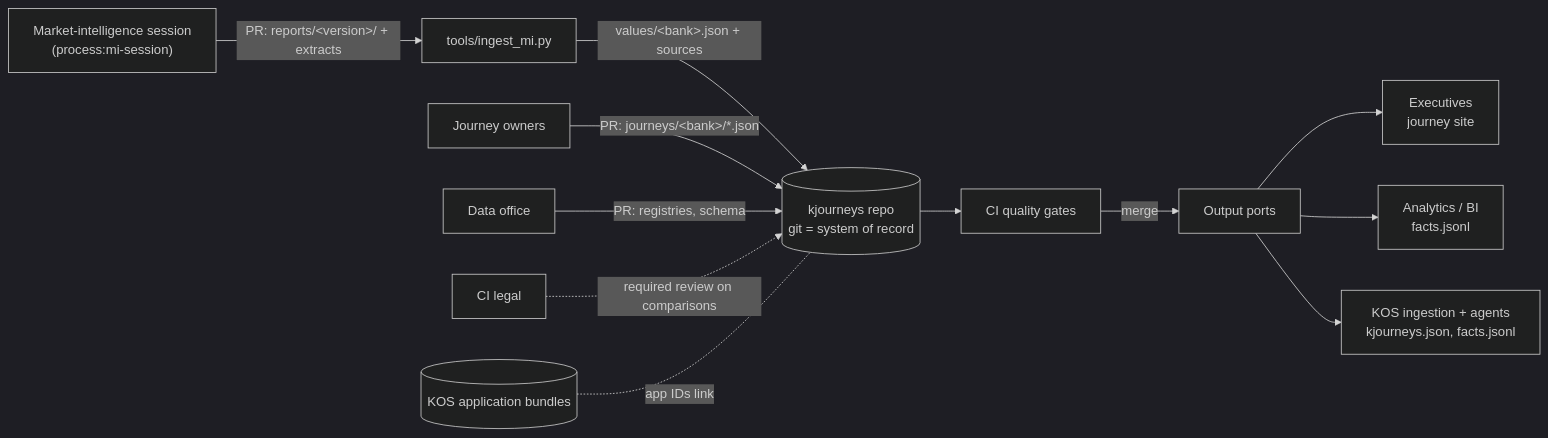
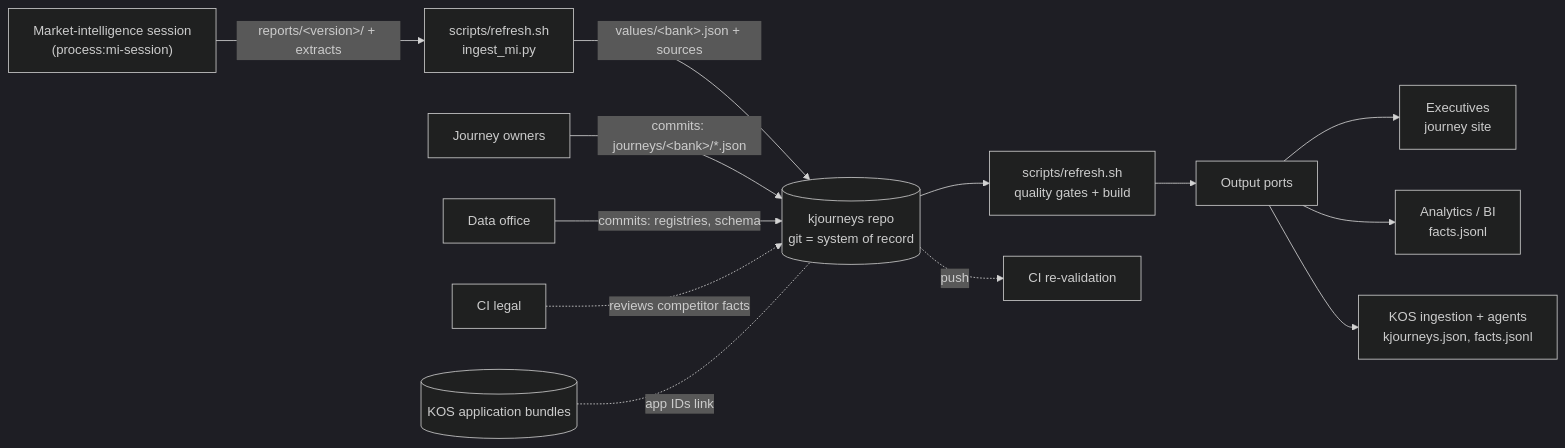
Before and after one commit to muthub-ai/kjourneys: the first of 3 diagrams in docs/architecture.md, drawn with Mermaid (dark theme). The commit also changed other lines of this file and 21 other files, not shown here.

First line of the commit message:
Rerunnable refresh script; hardened ingest after independent review

````diff
--- a/docs/architecture.md
+++ b/docs/architecture.md
@@ -9,14 +9,15 @@
 ```mermaid
 flowchart LR
-  MI["Market-intelligence session<br/>(process:mi-session)"] -->|"PR: reports/&lt;version&gt;/ + extracts"| ING["tools/ingest_mi.py"]
+  MI["Market-intelligence session<br/>(process:mi-session)"] -->|"reports/&lt;version&gt;/ + extracts"| ING["scripts/refresh.sh<br/>ingest_mi.py"]
   ING -->|values/&lt;bank&gt;.json + sources| REPO
-  JO["Journey owners"] -->|PR: journeys/&lt;bank&gt;/*.json| REPO
-  DO["Data office"] -->|PR: registries, schema| REPO
-  LG["CI legal"] -.->|required review on comparisons| REPO
-  REPO[("kjourneys repo<br/>git = system of record")] --> CI["CI quality gates"]
-  CI -->|merge| PORTS["Output ports"]
+  JO["Journey owners"] -->|"commits: journeys/&lt;bank&gt;/*.json"| REPO
+  DO["Data office"] -->|"commits: registries, schema"| REPO
+  LG["CI legal"] -.->|reviews competitor facts| REPO
+  REPO[("kjourneys repo<br/>git = system of record")] --> RF["scripts/refresh.sh<br/>quality gates + build"]
+  RF --> PORTS["Output ports"]
+  REPO -.->|push| CI["CI re-validation"]
   PORTS --> EX["Executives<br/>journey site"]
   PORTS --> AN["Analytics / BI<br/>facts.jsonl"]
   PORTS --> KOS["KOS ingestion + agents<br/>kjourneys.json, facts.jsonl"]
   KB[("KOS application bundles")] -. app IDs link .- REPO
 ```
````
